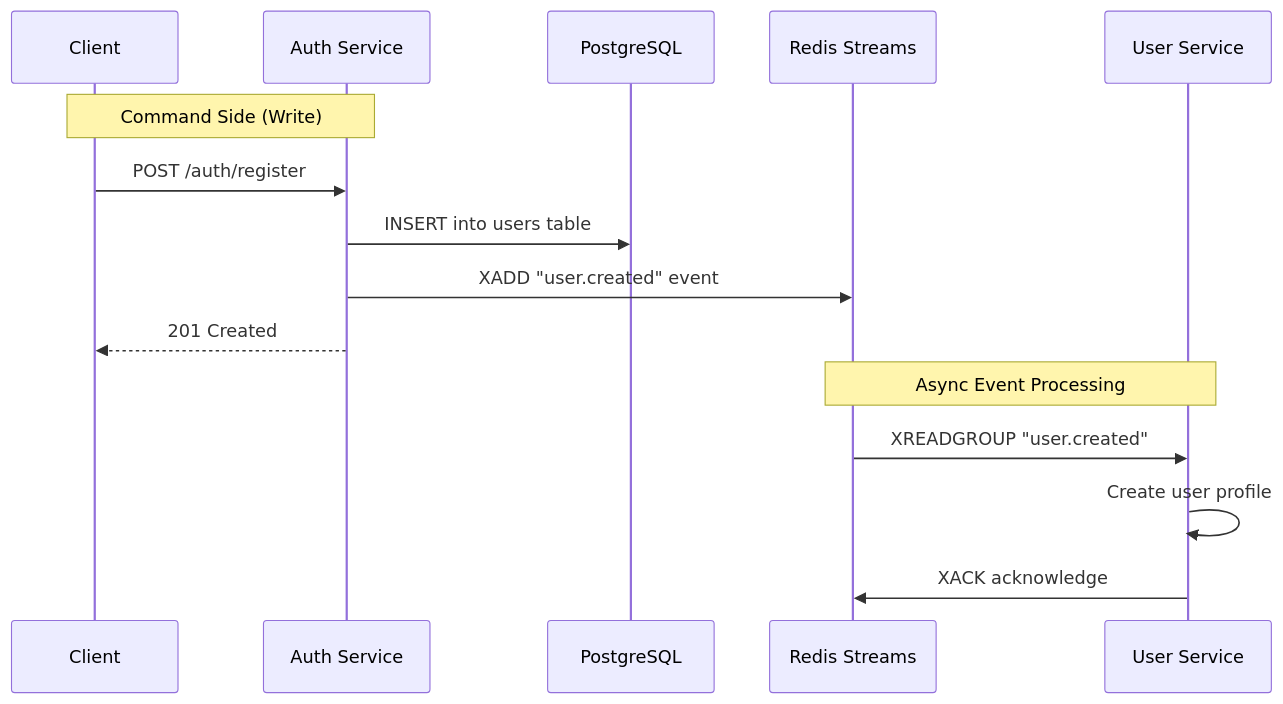
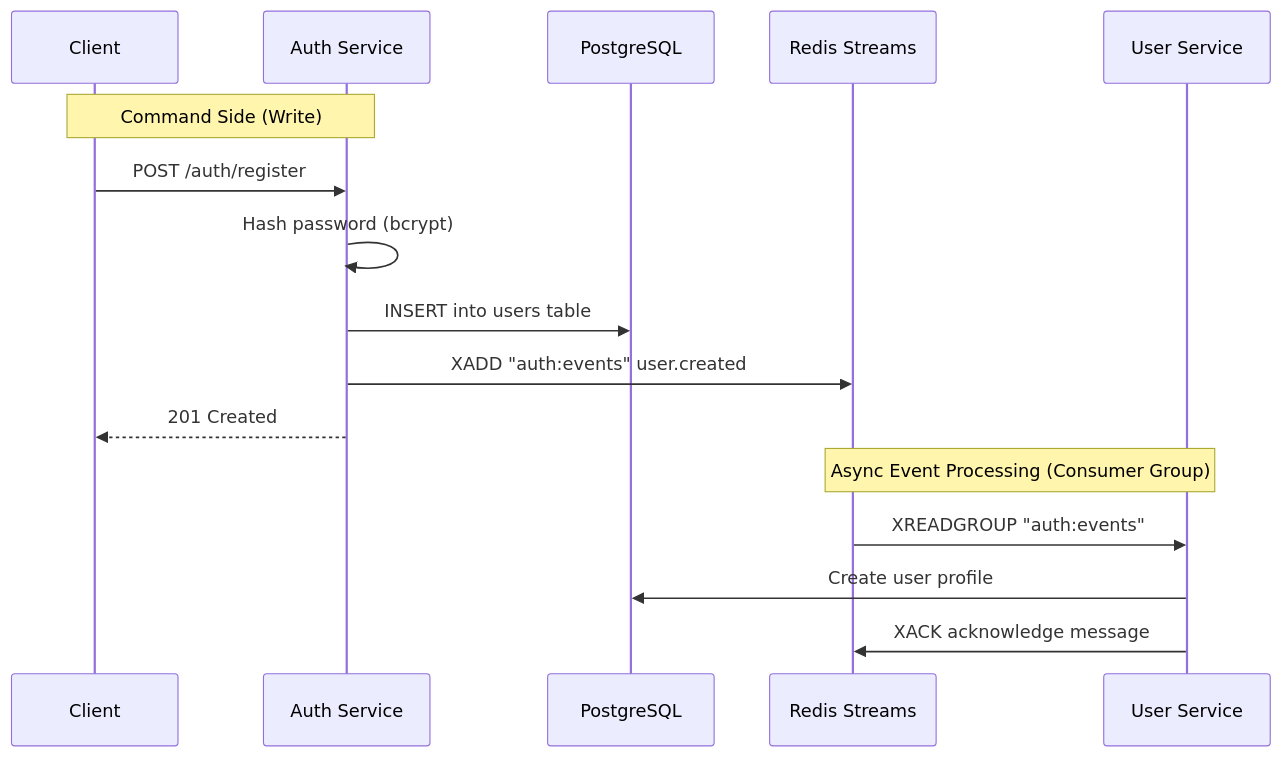
Before and after one commit to aldoignatachandra/Go-Microservices-Redis-Boilerplate: the second of 2 diagrams in README.md, drawn with Mermaid. The commit also changed other lines of this file and 8 other files, not shown here.

````diff
--- a/README.md
+++ b/README.md
@@ -94,19 +100,20 @@
 ```mermaid
 sequenceDiagram
   participant C as Client
   participant A as Auth Service
   participant D as PostgreSQL
   participant R as Redis Streams
   participant U as User Service
 
   Note over C,A: Command Side (Write)
   C->>A: POST /auth/register
+  A->>A: Hash password (bcrypt)
   A->>D: INSERT into users table
-  A->>R: XADD "user.created" event
+  A->>R: XADD "auth:events" user.created
   A-->>C: 201 Created
 
-  Note over R,U: Async Event Processing
-  R->>U: XREADGROUP "user.created"
-  U->>U: Create user profile
-  U->>R: XACK acknowledge
+  Note over R,U: Async Event Processing (Consumer Group)
+  R->>U: XREADGROUP "auth:events"
+  U->>D: Create user profile
+  U->>R: XACK acknowledge message
 ```
````
